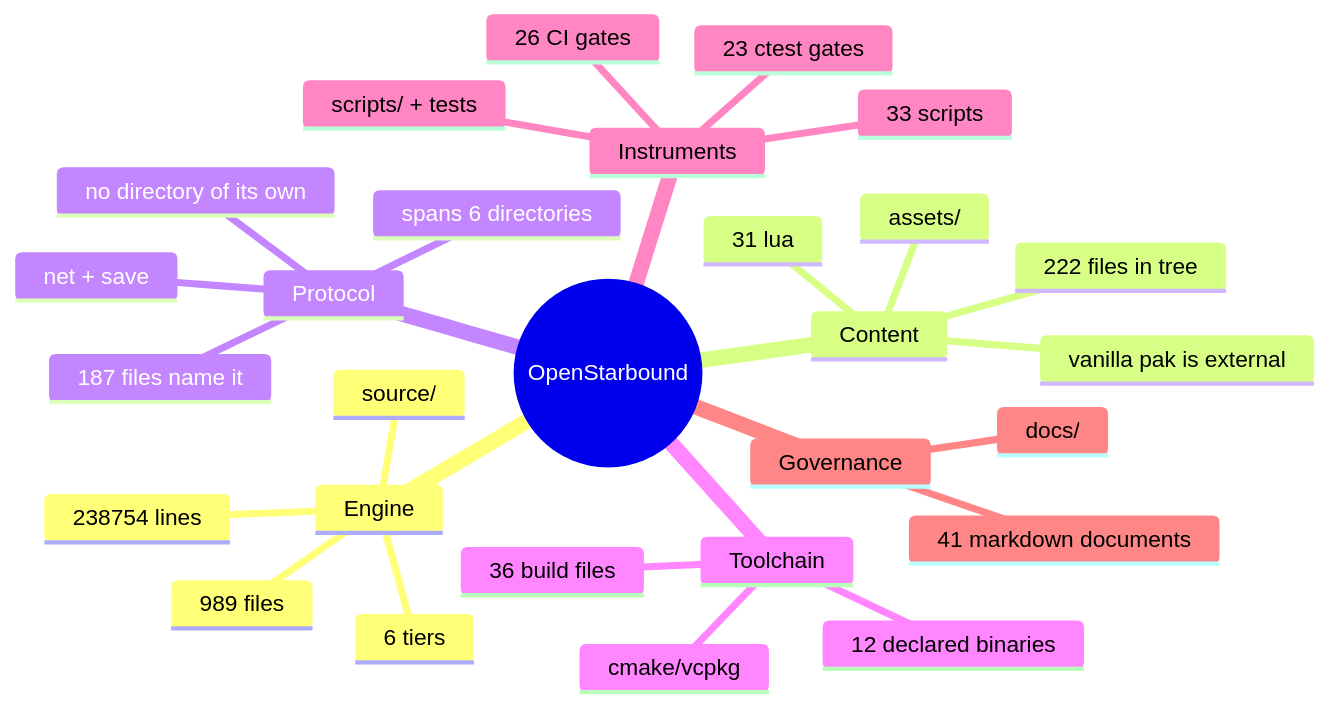
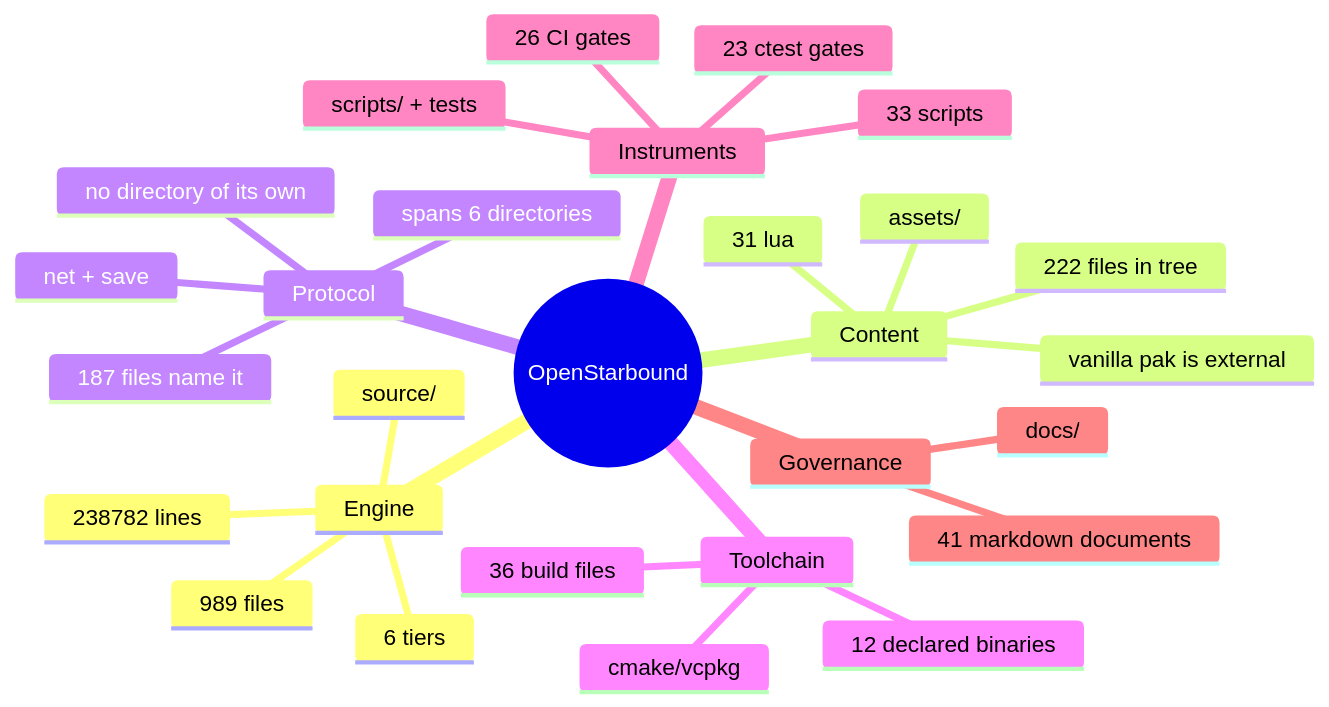
Before and after one commit to apnex/OpenStarbound: the second of 11 diagrams in docs/architecture/system-boundaries.md, drawn with Mermaid. The commit also changed other lines of this file and 2 other files, not shown here.

````diff
--- a/docs/architecture/system-boundaries.md
+++ b/docs/architecture/system-boundaries.md
@@ -166,31 +166,31 @@
 ```mermaid
 mindmap
   root((OpenStarbound))
     Engine
       source/
       989 files
-      238754 lines
+      238782 lines
       6 tiers
     Content
       assets/
       222 files in tree
       31 lua
       vanilla pak is external
     Protocol
       net + save
       187 files name it
       spans 6 directories
       no directory of its own
     Toolchain
       cmake/vcpkg
       36 build files
       12 declared binaries
     Instruments
       scripts/ + tests
       33 scripts
       23 ctest gates
       26 CI gates
     Governance
       docs/
       41 markdown documents
 ```
````
